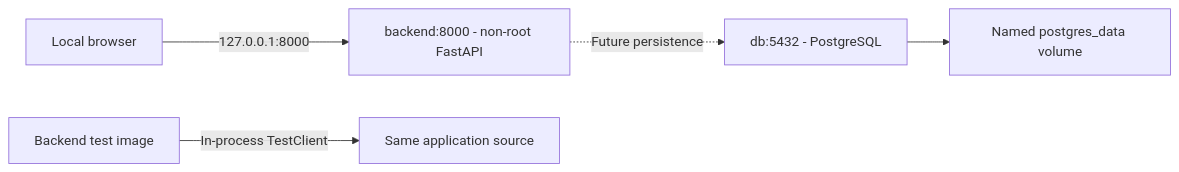
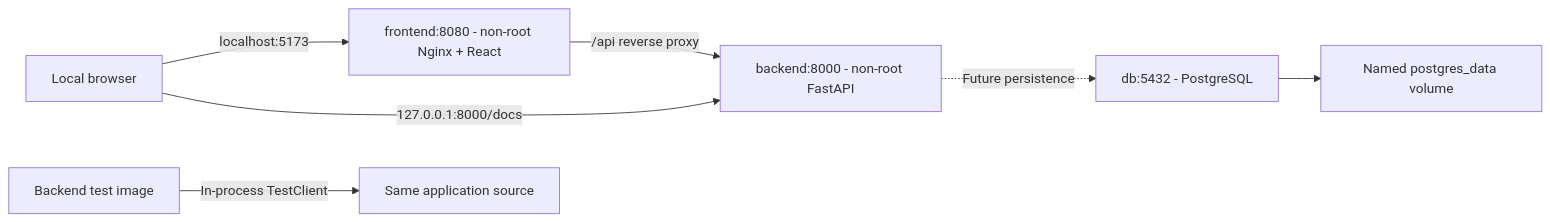
Before and after one commit to Firdaous24/talentflow-ai: the diagram in docs/docker_architecture.md, drawn with Mermaid. The commit also changed other lines of this file and 61 other files, not shown here.

````diff
--- a/docs/docker_architecture.md
+++ b/docs/docker_architecture.md
@@ -5,7 +5,9 @@
 ```mermaid
 flowchart LR
-    Browser[Local browser] -->|127.0.0.1:8000| API[backend:8000 - non-root FastAPI]
+    Browser[Local browser] -->|localhost:5173| Frontend[frontend:8080 - non-root Nginx + React]
+    Frontend -->|/api reverse proxy| API[backend:8000 - non-root FastAPI]
+    Browser -->|127.0.0.1:8000/docs| API
     API -. Future persistence .-> DB[db:5432 - PostgreSQL]
     DB --> Volume[Named postgres_data volume]
     Tests[Backend test image] -->|In-process TestClient| App[Same application source]
 ```
````
